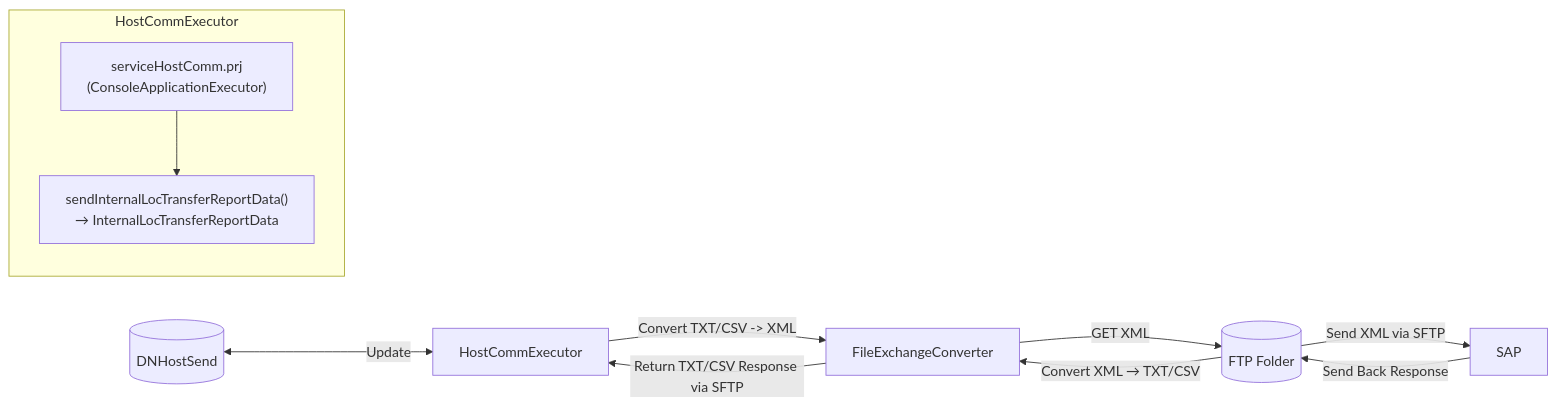
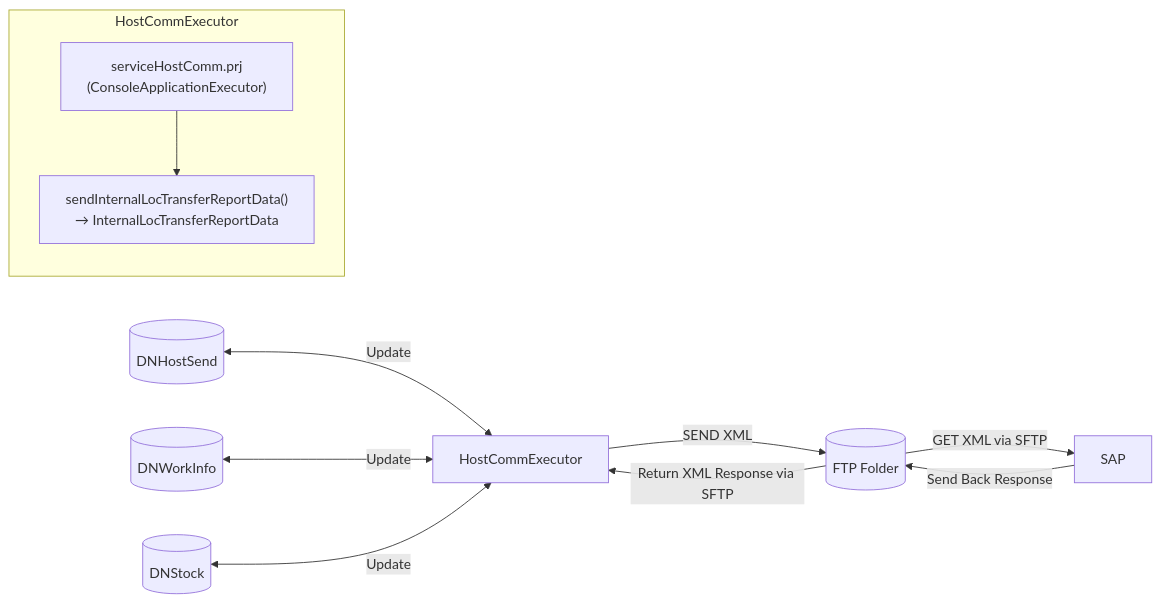
One commit to luthfiadityaa/SimeDarby-Wiki changed the diagram in Basic-Design/Host-Interfaces/Send-Method/Internal-Location-Transfer-Result.md. Above: the diagram before and after it, drawn with Mermaid. The commit also changed other lines of this file, not shown here.

Commit message:
Updated Internal Location Transfer Result

```diff
--- a/Basic-Design/Host-Interfaces/Send-Method/Internal-Location-Transfer-Result.md
+++ b/Basic-Design/Host-Interfaces/Send-Method/Internal-Location-Transfer-Result.md
@@ -11,16 +11,16 @@
 ::: mermaid
 flowchart LR
-    A[HostCommExecutor] -->|Convert TXT/CSV -> XML| B[FileExchangeConverter]
-    B -->|GET XML| C[(FTP Folder)]
-    C -->|Send XML via SFTP| D[SAP]
+    A[HostCommExecutor] --> |SEND XML| C[(FTP Folder)]
+    C -->|GET XML via SFTP| D[SAP]
     D -->|Send Back Response| C
-    C -->|Convert XML → TXT/CSV| B
-    B -->|Return TXT/CSV Response via SFTP| A
+    C -->|Return XML Response via SFTP| A
     F[(DNHostSend)] <--> |Update| A
+    G[(DNWorkInfo)] <--> |Update| A
+    H[(DNStock)] <--> |Update| A
 
-     subgraph HostCommExecutor
+   subgraph HostCommExecutor
         C1["serviceHostComm.prj<br>(ConsoleApplicationExecutor)"]
         C2["sendInternalLocTransferReportData()<br>→ InternalLocTransferReportData"]
         C1 --> C2
-    end
+   end
 :::
```
